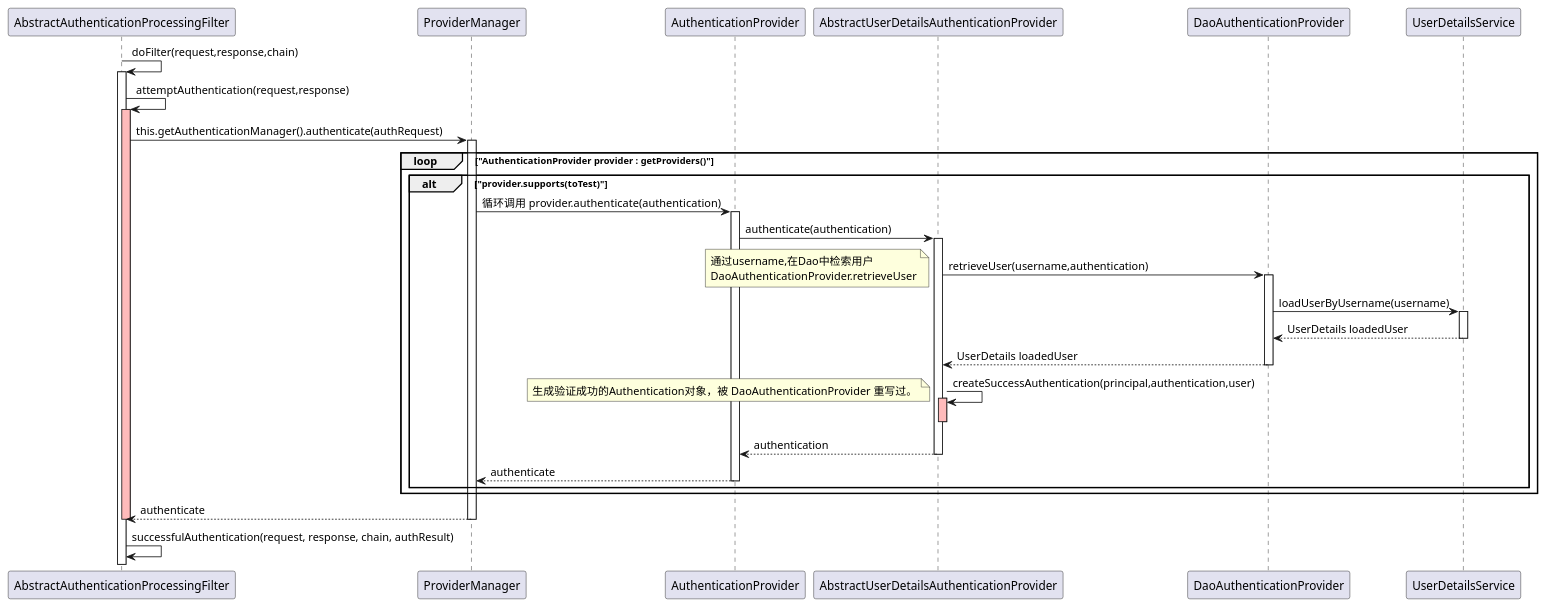
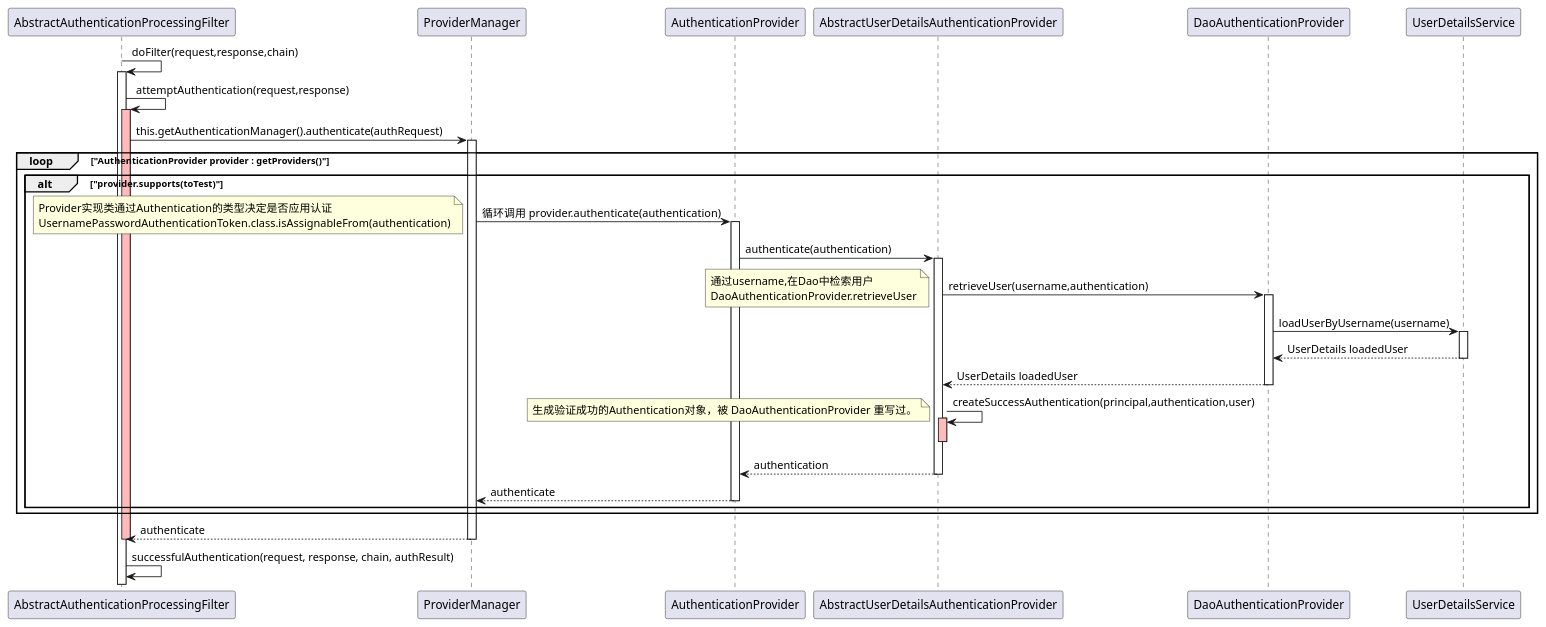
Before and after one commit to JL-Code/thinking-in-java: the diagram in doc/uml/PasswordAuthenticationFlow.puml, drawn with PlantUML. The commit also changed 10 other files, not shown here.

Commit message:
update flow digram

```diff
--- a/doc/uml/PasswordAuthenticationFlow.puml
+++ b/doc/uml/PasswordAuthenticationFlow.puml
@@ -1,67 +1,68 @@
 @startuml
 'class ProviderManager
 'interface AuthenticationProvider
 'abstract class AbstractUserDetailsAuthenticationProvider
 'interface UserDetailsService
 'class DaoAuthenticationProvider
 'AbstractAuthenticationProcessingFilter.doFilter -> AbstractAuthenticationProcessingFilter.attemptAuthentication->AbstractAuthenticationProcessingFilter.getAuthenticationManager().authenticate(authRequest)
 ' 此处是循环调用 provider.authenticate(authentication)
 AbstractAuthenticationProcessingFilter->AbstractAuthenticationProcessingFilter: doFilter(request,response,chain)
 activate AbstractAuthenticationProcessingFilter
 
 AbstractAuthenticationProcessingFilter->AbstractAuthenticationProcessingFilter: attemptAuthentication(request,response)
 activate AbstractAuthenticationProcessingFilter #FFBBBB
 
 AbstractAuthenticationProcessingFilter->ProviderManager: this.getAuthenticationManager().authenticate(authRequest)
 activate ProviderManager
 
 loop "AuthenticationProvider provider : getProviders()"
 
 'Class<? extends Authentication> toTest = authentication.getClass();
 'if (!provider.supports(toTest)) {
 '    continue;
 '}
     alt "provider.supports(toTest)"
         ProviderManager -> AuthenticationProvider: 循环调用 provider.authenticate(authentication)
+        note left: Provider实现类通过Authentication的类型决定是否应用认证\nUsernamePasswordAuthenticationToken.class.isAssignableFrom(authentication)
         activate AuthenticationProvider
 
         AuthenticationProvider->AbstractUserDetailsAuthenticationProvider:authenticate(authentication)
         activate AbstractUserDetailsAuthenticationProvider
 
         AbstractUserDetailsAuthenticationProvider->DaoAuthenticationProvider:retrieveUser(username,authentication)
         activate DaoAuthenticationProvider
         note left: 通过username,在Dao中检索用户 \nDaoAuthenticationProvider.retrieveUser
 
         DaoAuthenticationProvider->UserDetailsService:loadUserByUsername(username)
         activate UserDetailsService
 
         DaoAuthenticationProvider <-- UserDetailsService: UserDetails loadedUser
         deactivate UserDetailsService
 
         AbstractUserDetailsAuthenticationProvider <-- DaoAuthenticationProvider: UserDetails loadedUser
         deactivate DaoAuthenticationProvider
 
         AbstractUserDetailsAuthenticationProvider -> AbstractUserDetailsAuthenticationProvider: createSuccessAuthentication(principal,authentication,user)
         note left: 生成验证成功的Authentication对象，被 DaoAuthenticationProvider 重写过。
         activate AbstractUserDetailsAuthenticationProvider #FFBBBB
         deactivate AbstractUserDetailsAuthenticationProvider
 
         AuthenticationProvider <-- AbstractUserDetailsAuthenticationProvider: authentication
         deactivate AbstractUserDetailsAuthenticationProvider
 
         ProviderManager <-- AuthenticationProvider: authenticate
         deactivate AuthenticationProvider
     end
 end
 
 AbstractAuthenticationProcessingFilter <-- ProviderManager: authenticate
 deactivate ProviderManager
 deactivate AbstractAuthenticationProcessingFilter
 
 AbstractAuthenticationProcessingFilter->AbstractAuthenticationProcessingFilter: successfulAuthentication(request, response, chain, authResult)
 
 'ClientCredentialsTokenEndpointFilter.successfulAuthentication-->AbstractAuthenticationProcessingFilter.successfulAuthentication
 'ClientCredentialsTokenEndpointFilter.successfulAuthentication-->chain.doFilter(request, response)
 
 
 @enduml
```
